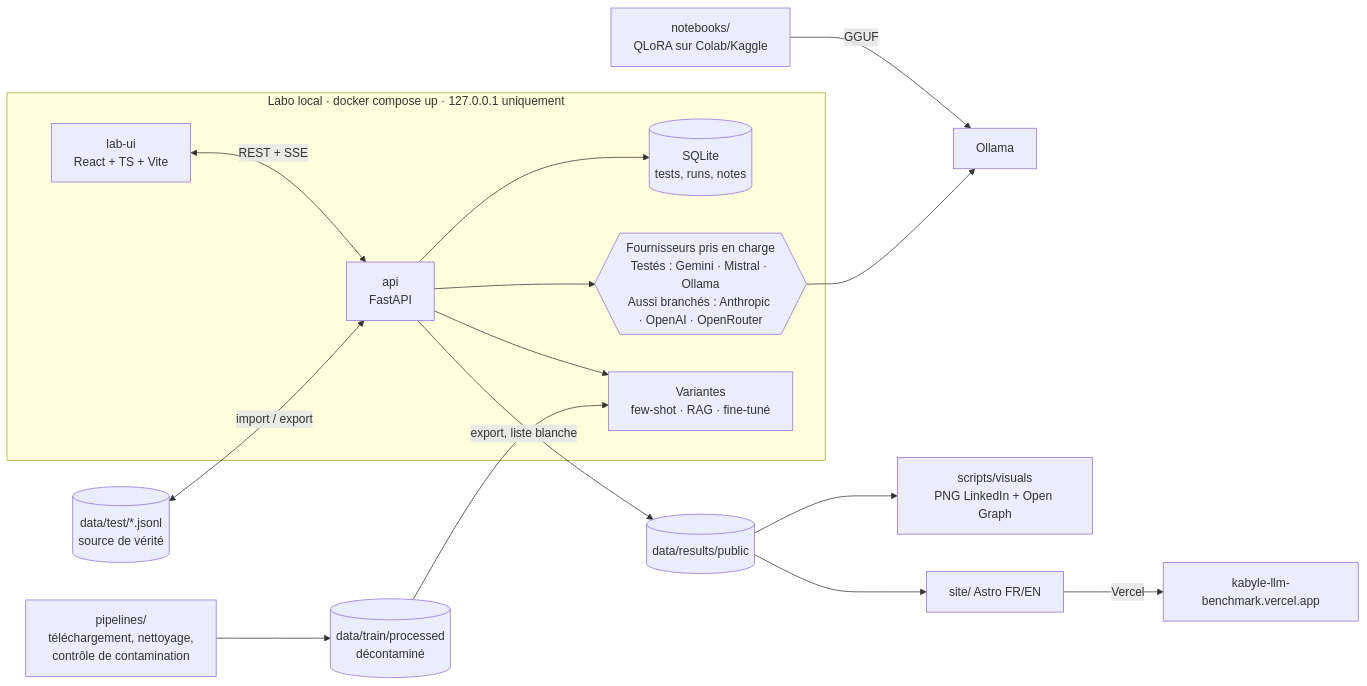
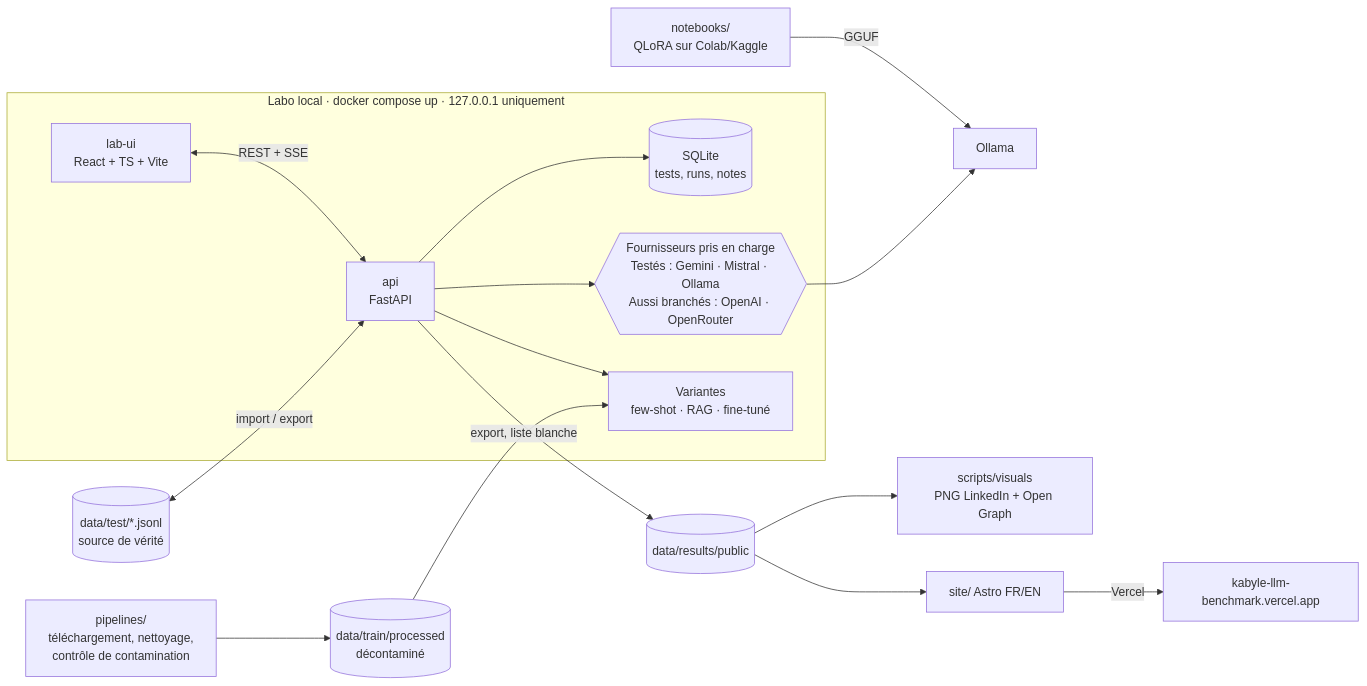
The diagram in README.md (hasdaouiryma16-cmd/kabyle-llm-benchmark), drawn with Mermaid before and after one commit. The commit also changed other lines of this file and 16 other files, not shown here.

````diff
--- a/README.md
+++ b/README.md
@@ -45,17 +45,17 @@
 ```mermaid
 flowchart LR
   subgraph LAB["Labo local · docker compose up · 127.0.0.1 uniquement"]
     UI["lab-ui<br/>React + TS + Vite"] <-->|"REST + SSE"| API["api<br/>FastAPI"]
     API --> DB[("SQLite<br/>tests, runs, notes")]
-    API --> P{{"Fournisseurs pris en charge<br/>Testés : Gemini · Mistral · Ollama<br/>Aussi branchés : Anthropic · OpenAI · OpenRouter"}}
+    API --> P{{"Fournisseurs pris en charge<br/>Testés : Gemini · Mistral · Ollama<br/>Aussi branchés : OpenAI · OpenRouter"}}
     API --> V["Variantes<br/>few-shot · RAG · fine-tuné"]
   end
   T[("data/test/*.jsonl<br/>source de vérité")] <-->|"import / export"| API
   TR[("data/train/processed<br/>décontaminé")] --> V
   PIPE["pipelines/<br/>téléchargement, nettoyage,<br/>contrôle de contamination"] --> TR
   NB["notebooks/<br/>QLoRA sur Colab/Kaggle"] -->|"GGUF"| OL["Ollama"]
   P --> OL
   API -->|"export, liste blanche"| R[("data/results/public")]
   R --> VIS["scripts/visuals<br/>PNG LinkedIn + Open Graph"]
   R --> S["site/ Astro FR/EN"] -->|"Vercel"| GP["kabyle-llm-benchmark.vercel.app"]
 ```
````
